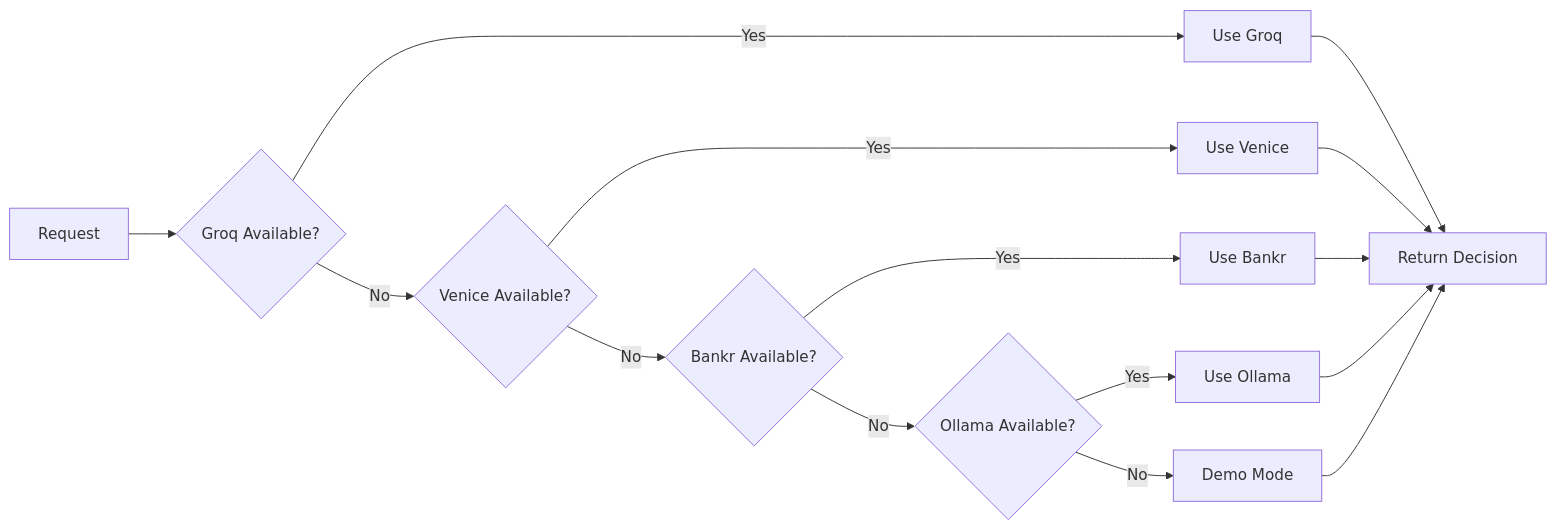
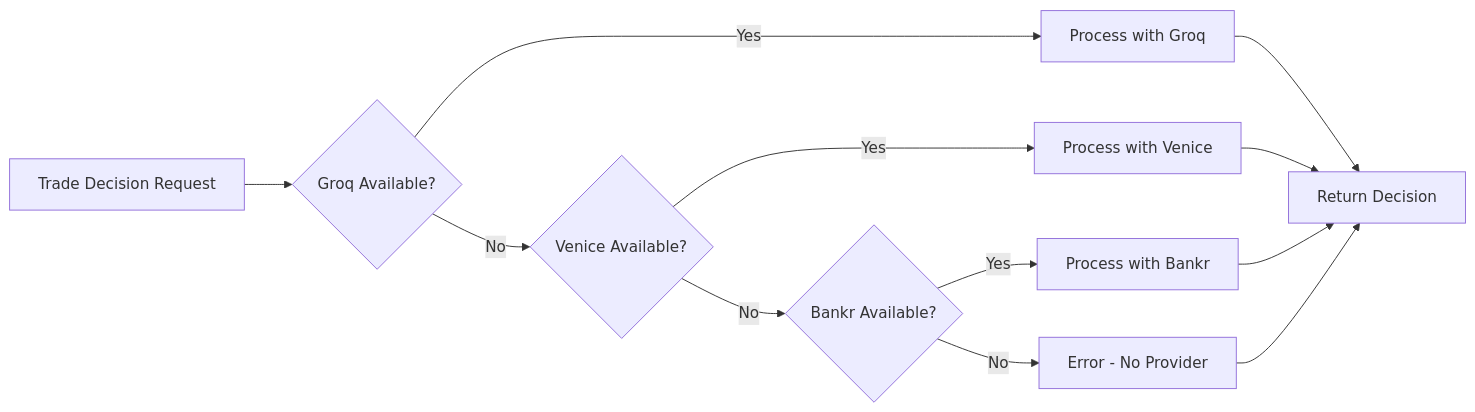
Before and after one commit to Moses-main/veiltrader-ai: the seventh of 8 diagrams in README.md, drawn with Mermaid. The commit also changed other lines of this file, not shown here.

Commit message:
docs: update README with live demo URL and mermaid diagrams

````diff
--- a/README.md
+++ b/README.md
@@ -407,21 +434,17 @@
 ```mermaid
 flowchart LR
-    A[Request] --> B{Groq Available?}
-    B -->|Yes| C[Use Groq]
+    A[Trade Decision Request] --> B{Groq Available?}
+    B -->|Yes| C[Process with Groq]
     B -->|No| D{Venice Available?}
     
-    D -->|Yes| E[Use Venice]
+    D -->|Yes| E[Process with Venice]
     D -->|No| F{Bankr Available?}
     
-    F -->|Yes| G[Use Bankr]
-    F -->|No| H{Ollama Available?}
-    
-    H -->|Yes| I[Use Ollama]
-    H -->|No| J[Demo Mode]
+    F -->|Yes| G[Process with Bankr]
+    F -->|No| H[Error - No Provider]
     
     C --> K[Return Decision]
     E --> K
     G --> K
-    I --> K
-    J --> K
+    H --> K
 ```
````
